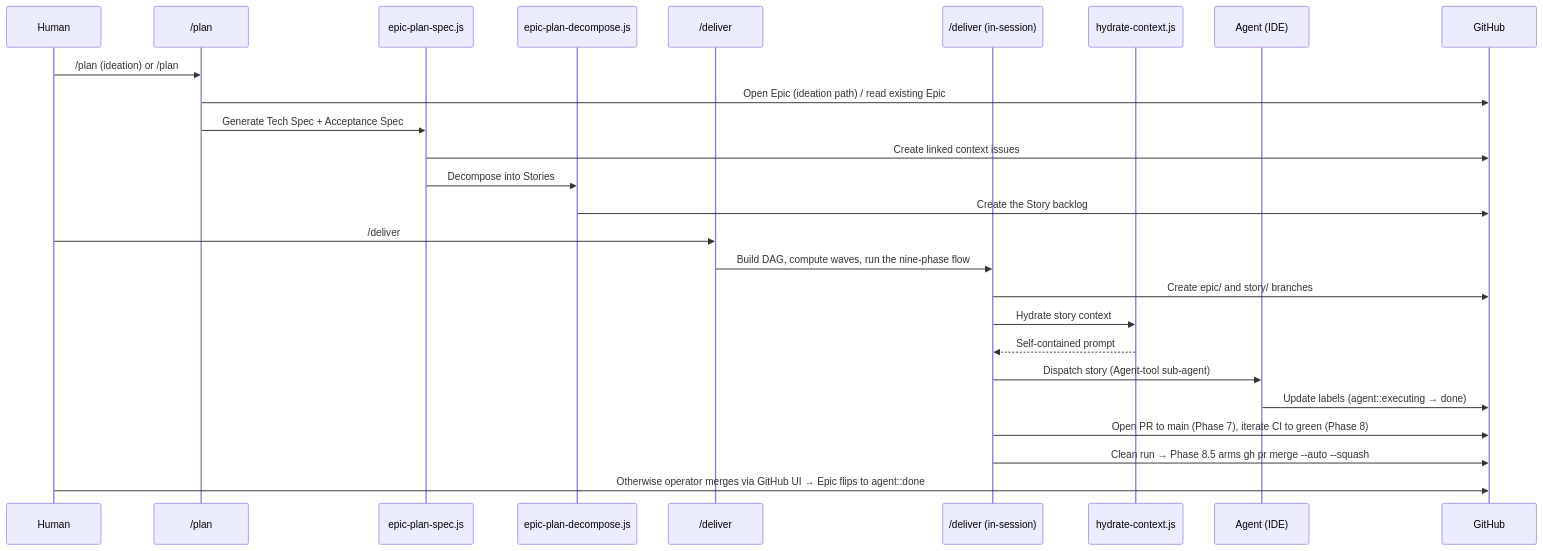
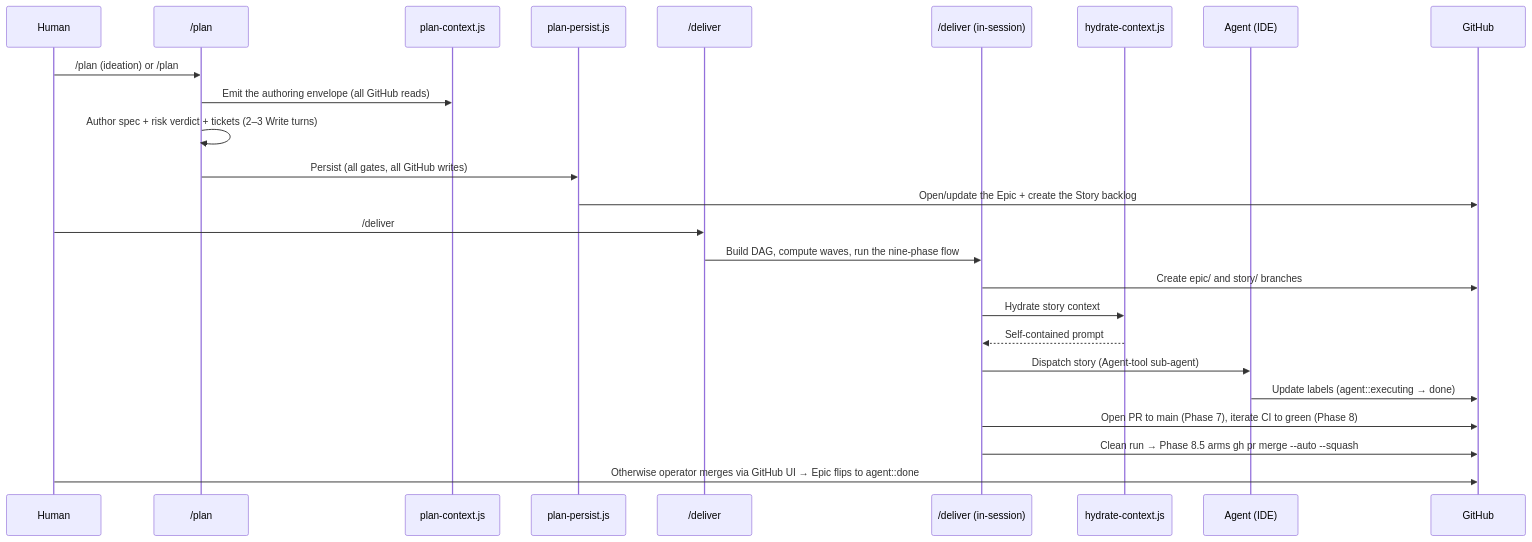
Before and after one commit to dsj1984/mandrel: the sixth of 7 diagrams in docs/architecture.md, drawn with Mermaid. The commit also changed other lines of this file and 60 other files, not shown here.

First line of the commit message:
feat(plan): retire the 12-phase delegates — plan pipeline is context → author → persist (refs #4474) (#4494)

````diff
--- a/docs/architecture.md
+++ b/docs/architecture.md
@@ -579,30 +579,29 @@
 ```mermaid
 sequenceDiagram
     participant H as Human
     participant P as /plan
-    participant EP as epic-plan-spec.js
-    participant TD as epic-plan-decompose.js
+    participant EP as plan-context.js
+    participant TD as plan-persist.js
     participant D as /deliver
     participant EDR as /deliver (in-session)
     participant CH as hydrate-context.js
     participant A as Agent (IDE)
     participant GH as GitHub
 
     H->>P: /plan (ideation) or /plan #EPIC
-    P->>GH: Open Epic (ideation path) / read existing Epic
-    P->>EP: Generate Tech Spec + Acceptance Spec
-    EP->>GH: Create linked context issues
-    EP->>TD: Decompose into Stories
-    TD->>GH: Create the Story backlog
+    P->>EP: Emit the authoring envelope (all GitHub reads)
+    P->>P: Author spec + risk verdict + tickets (2–3 Write turns)
+    P->>TD: Persist (all gates, all GitHub writes)
+    TD->>GH: Open/update the Epic + create the Story backlog
 
     H->>D: /deliver #EPIC
     D->>EDR: Build DAG, compute waves, run the nine-phase flow
     EDR->>GH: Create epic/ and story/ branches
     EDR->>CH: Hydrate story context
     CH-->>EDR: Self-contained prompt
     EDR->>A: Dispatch story (Agent-tool sub-agent)
     A->>GH: Update labels (agent::executing → done)
     EDR->>GH: Open PR to main (Phase 7), iterate CI to green (Phase 8)
     EDR->>GH: Clean run → Phase 8.5 arms gh pr merge --auto --squash
     H->>GH: Otherwise operator merges via GitHub UI → Epic flips to agent::done
 ```
````
